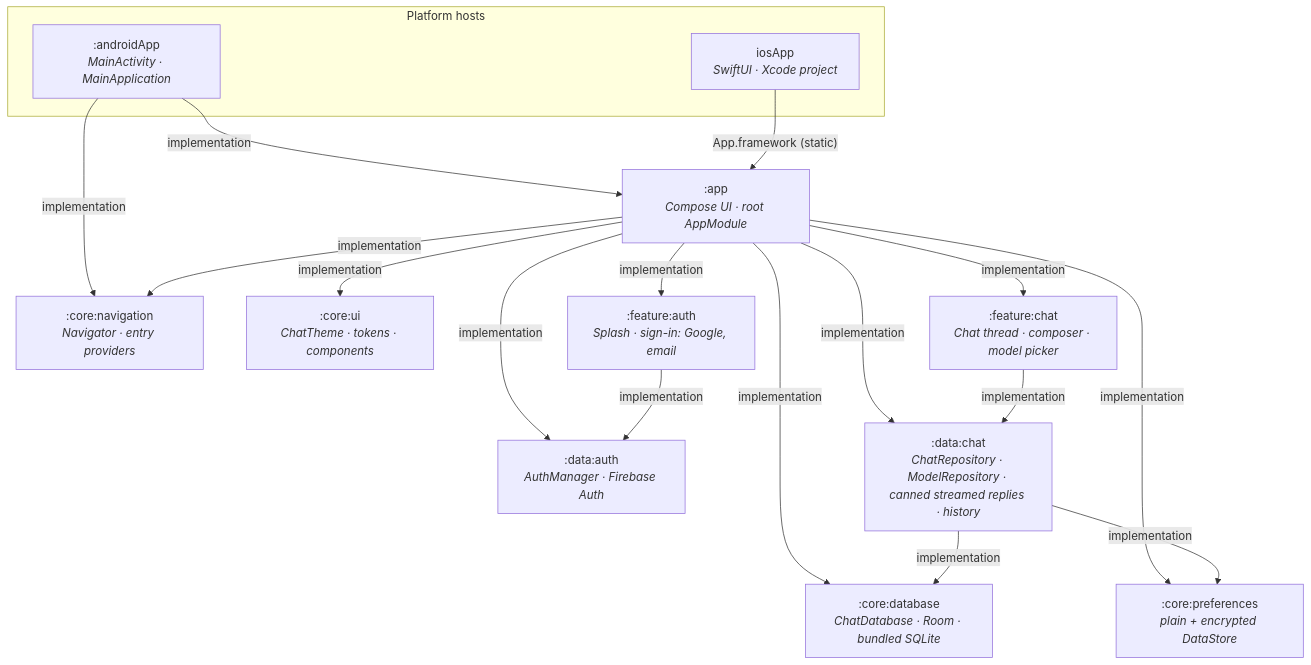
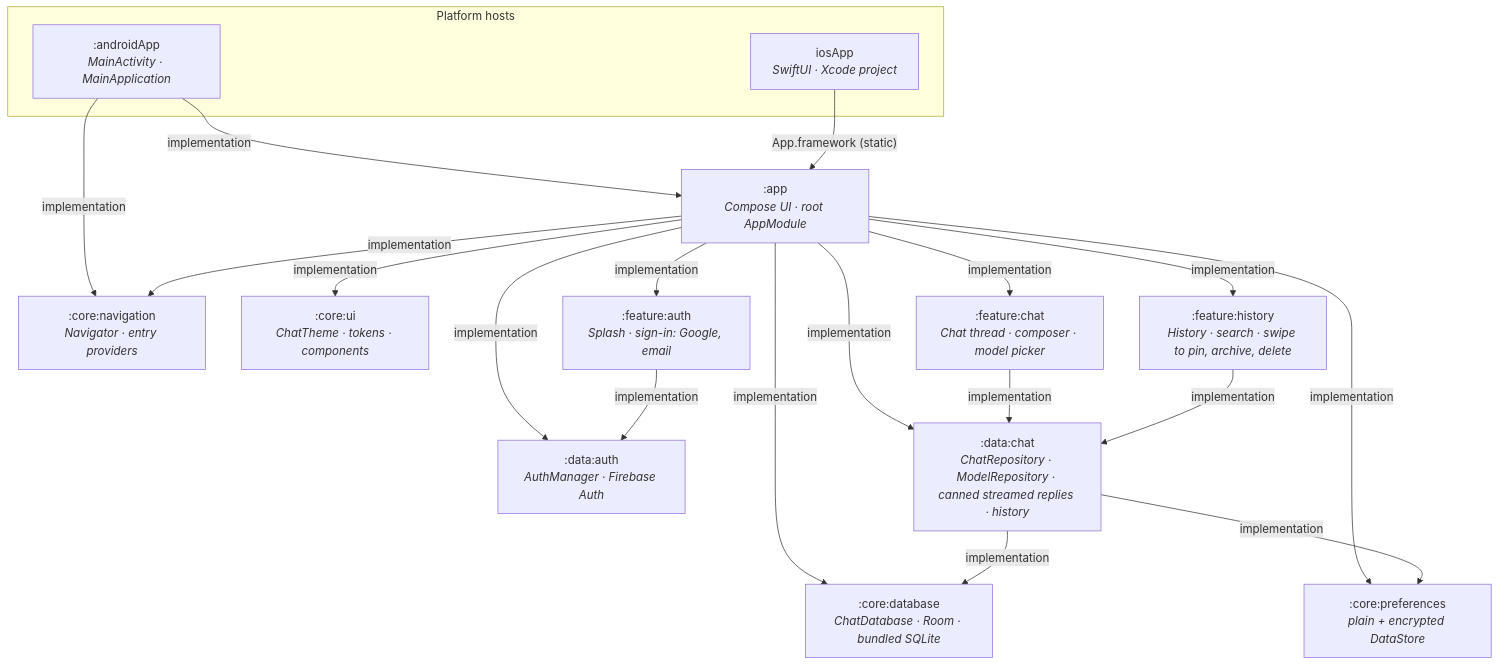
Before and after one commit to weslley-poatek/chat: the diagram in README.md, drawn with Mermaid. The commit also changed other lines of this file and 29 other files, not shown here.

Commit message:
✨ feat: Add the History screen in feature:history, HistoryEntry and Chat's History button.

````diff
--- a/README.md
+++ b/README.md
@@ -88,33 +90,36 @@
 ```mermaid
 flowchart TD
     subgraph hosts ["Platform hosts"]
         androidApp[":androidApp<br/><i>MainActivity · MainApplication</i>"]
         iosApp["iosApp<br/><i>SwiftUI · Xcode project</i>"]
     end
 
     app[":app<br/><i>Compose UI · root AppModule</i>"]
     db[":core:database<br/><i>ChatDatabase · Room · bundled SQLite</i>"]
     nav[":core:navigation<br/><i>Navigator · entry providers</i>"]
     prefs[":core:preferences<br/><i>plain + encrypted DataStore</i>"]
     ui[":core:ui<br/><i>ChatTheme · tokens · components</i>"]
     featureAuth[":feature:auth<br/><i>Splash · sign-in: Google, email</i>"]
     featureChat[":feature:chat<br/><i>Chat thread · composer · model picker</i>"]
+    featureHistory[":feature:history<br/><i>History · search · swipe to pin, archive, delete</i>"]
     dataAuth[":data:auth<br/><i>AuthManager · Firebase Auth</i>"]
     dataChat[":data:chat<br/><i>ChatRepository · ModelRepository · canned streamed replies · history</i>"]
 
     androidApp -- "implementation" --> app
     androidApp -- "implementation" --> nav
     iosApp -- "App.framework (static)" --> app
     app -- "implementation" --> db
     app -- "implementation" --> nav
     app -- "implementation" --> prefs
     app -- "implementation" --> ui
     app -- "implementation" --> featureAuth
     app -- "implementation" --> featureChat
+    app -- "implementation" --> featureHistory
     app -- "implementation" --> dataAuth
     app -- "implementation" --> dataChat
     featureAuth -- "implementation" --> dataAuth
     featureChat -- "implementation" --> dataChat
+    featureHistory -- "implementation" --> dataChat
     dataChat -- "implementation" --> db
     dataChat -- "implementation" --> prefs
 ```
````
